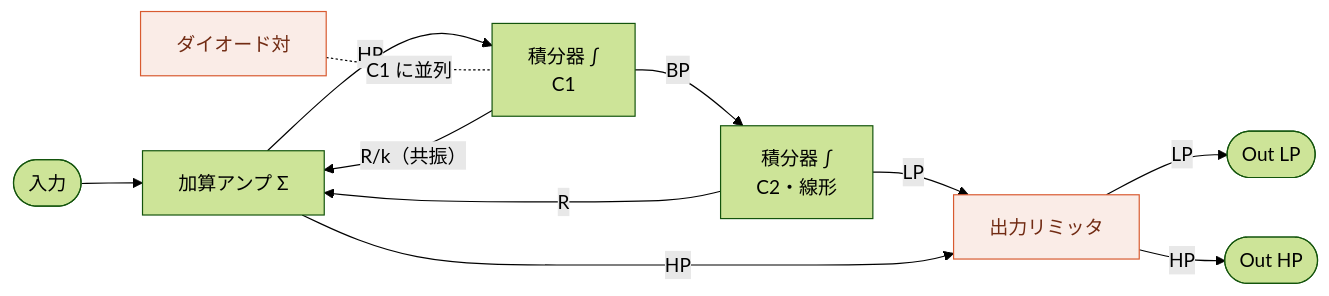
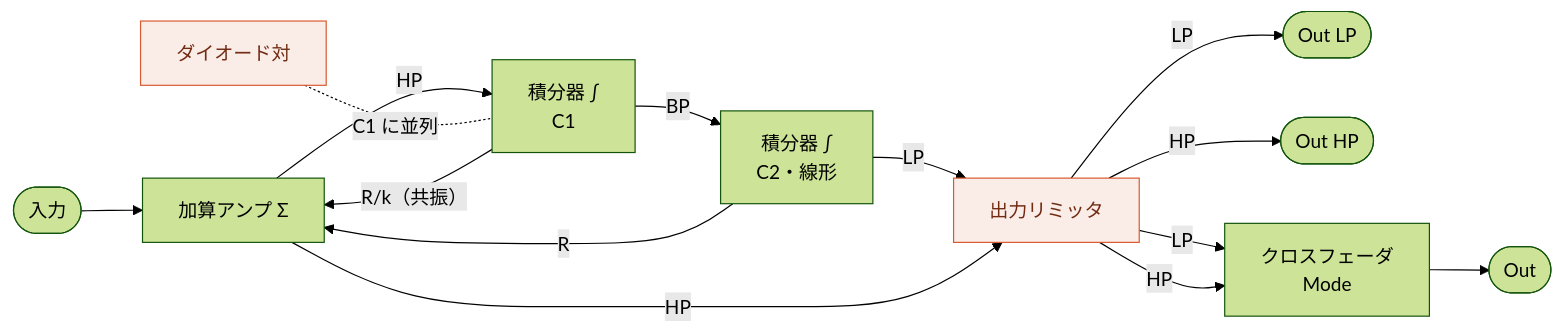
Before and after one commit to risgk/midi_synthesizer_spms1: the fourth of 6 diagrams in spms1_type2/README.ja.md, drawn with Mermaid (forest theme). The commit also changed other lines of this file and 8 other files, not shown here.

First line of the commit message:
type2: Give Filter 1 an Out crossfading its low pass and high pass, by Mode on CC 39

````diff
--- a/spms1_type2/README.ja.md
+++ b/spms1_type2/README.ja.md
@@ -277,15 +287,18 @@
 ```mermaid
 flowchart LR
   IN([入力]) --> A1["加算アンプ Σ"]
   A1 -->|HP| A2["積分器 ∫<br/>C1"]
   D["ダイオード対"] -.-|C1 に並列| A2
   A2 -->|BP| A3["積分器 ∫<br/>C2・線形"]
   A3 -->|LP| LIM["出力リミッタ"]
   A1 -->|HP| LIM
   LIM -->|LP| OUT_LP([Out LP])
   LIM -->|HP| OUT_HP([Out HP])
+  LIM -->|LP| XF["クロスフェーダ<br/>Mode"]
+  LIM -->|HP| XF
+  XF --> OUT([Out])
   A2 -->|"R/k（共振）"| A1
   A3 -->|R| A1
   classDef nl fill:#FAECE7,stroke:#D85A30,color:#712B13
   class D,LIM nl
 ```
````
